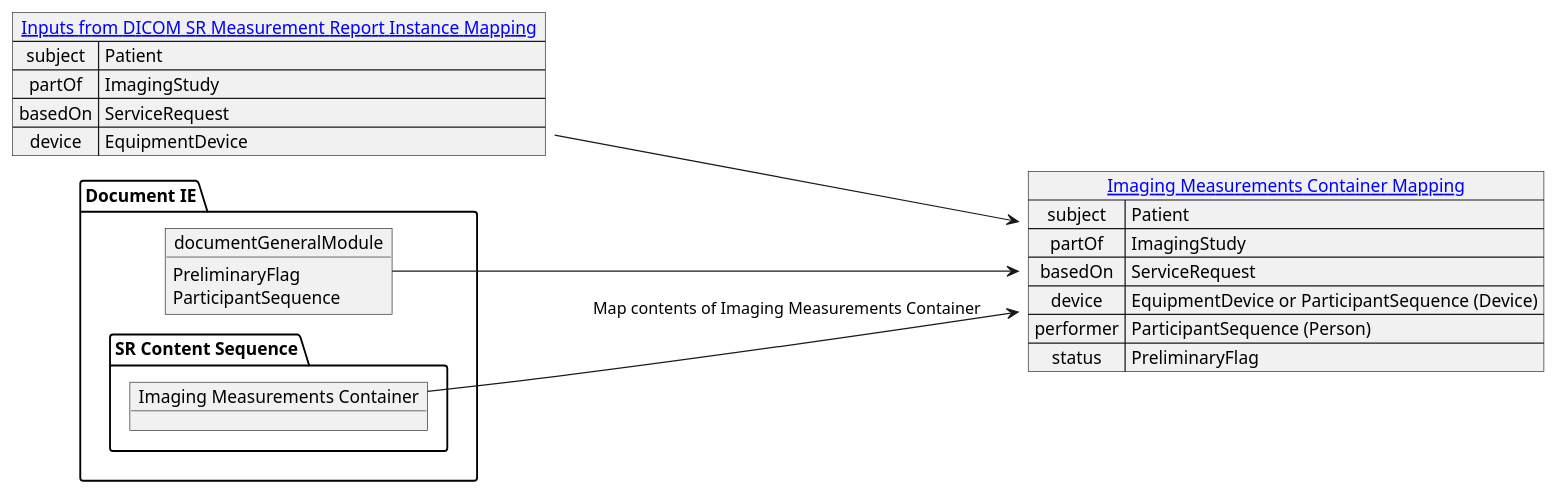
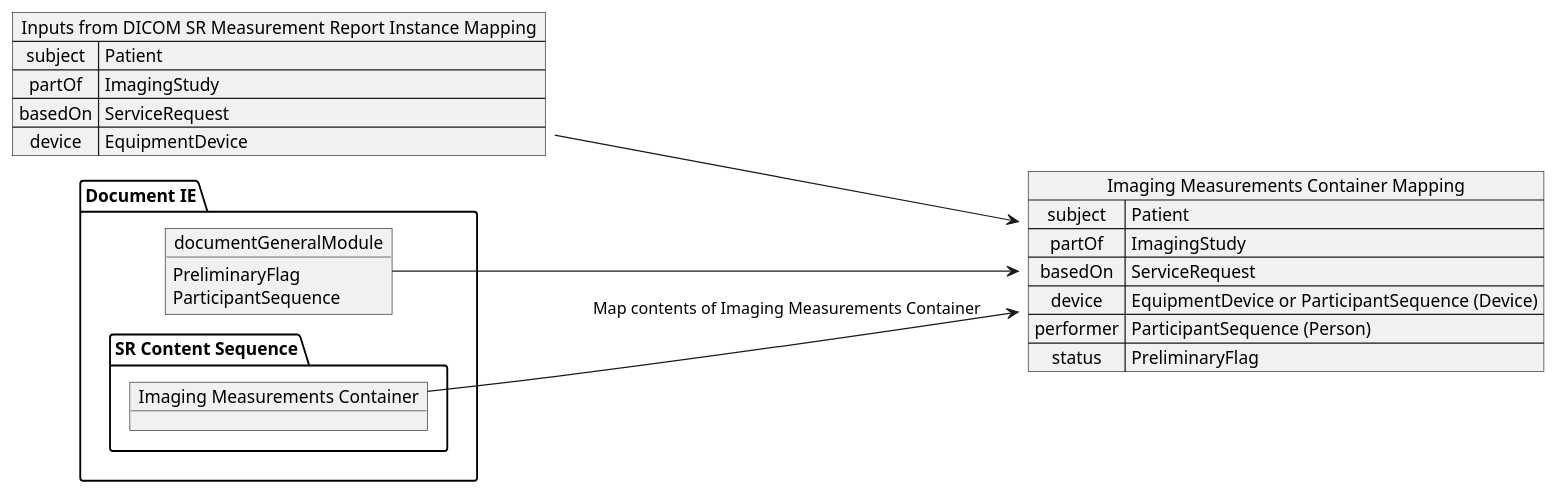
One commit to HL7/dicom-sr changed the diagram in input/images-source/4_3_dicom_document_ie_mapping.plantuml. Above: the diagram before and after it, drawn with PlantUML. The commit also changed 23 other files, not shown here.

```diff
--- a/input/images-source/4_3_dicom_document_ie_mapping.plantuml
+++ b/input/images-source/4_3_dicom_document_ie_mapping.plantuml
@@ -1,33 +1,33 @@
 @startuml dicom_sr_document_ie_mapping
 left to right direction
 
-map "[[mapping.html#dicom-sr-measurement-report-instance-mapping Inputs from DICOM SR Measurement Report Instance Mapping]]" as inputs {
+map "Inputs from DICOM SR Measurement Report Instance Mapping" as inputs {
     subject => Patient
     partOf => ImagingStudy
     basedOn => ServiceRequest
     device => EquipmentDevice
 }
 
 package "Document IE" {
     object documentGeneralModule {
         PreliminaryFlag
         ParticipantSequence
     }
     package "SR Content Sequence" as srContentSequence {
         object "Imaging Measurements Container" as imagingMeasurements
     }
 }
 
-map "[[mapping.html#imaging-measurements-container-mapping Imaging Measurements Container Mapping]]" as imagingMeasurementsMapping {
+map "Imaging Measurements Container Mapping" as imagingMeasurementsMapping {
     subject => Patient
     partOf => ImagingStudy
     basedOn => ServiceRequest
     device => EquipmentDevice or ParticipantSequence (Device)
     performer => ParticipantSequence (Person)
     status => PreliminaryFlag
 }
 
 imagingMeasurements --> imagingMeasurementsMapping: Map contents of Imaging Measurements Container
 inputs --> imagingMeasurementsMapping
 documentGeneralModule --> imagingMeasurementsMapping
 @enduml
```
